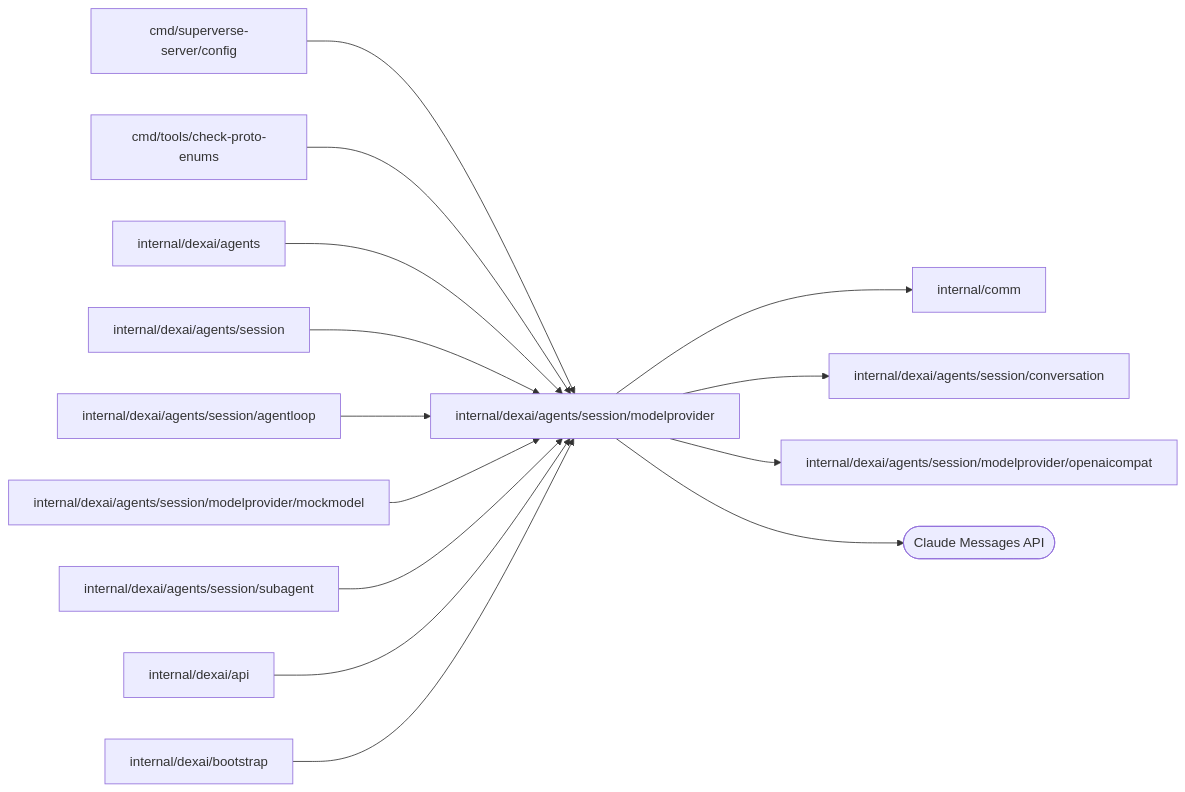
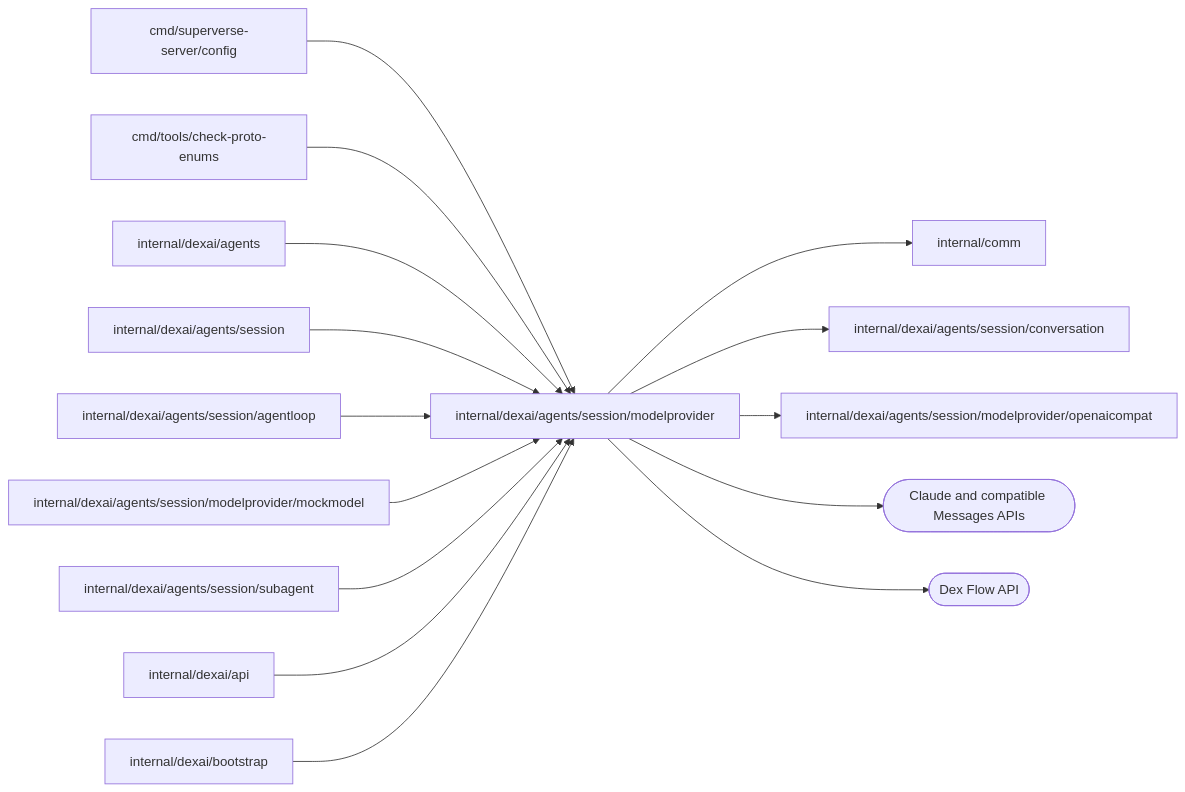
Before and after one commit to superdurable/superverse: the diagram in internal/dexai/agents/session/modelprovider/README.md, drawn with Mermaid. The commit also changed other lines of this file and 28 other files, not shown here.

First line of the commit message:
PROVANT: Add Anthropic-compatible Messages providers

````diff
--- a/internal/dexai/agents/session/modelprovider/README.md
+++ b/internal/dexai/agents/session/modelprovider/README.md
@@ -10,17 +10,18 @@
 ```mermaid
 flowchart LR
   self["internal/dexai/agents/session/modelprovider"]
   c0["cmd/superverse-server/config"] --> self
   c1["cmd/tools/check-proto-enums"] --> self
   c2["internal/dexai/agents"] --> self
   c3["internal/dexai/agents/session"] --> self
   c4["internal/dexai/agents/session/agentloop"] --> self
   c5["internal/dexai/agents/session/modelprovider/mockmodel"] --> self
   c6["internal/dexai/agents/session/subagent"] --> self
   c7["internal/dexai/api"] --> self
   c8["internal/dexai/bootstrap"] --> self
   self --> d0["internal/comm"]
   self --> d1["internal/dexai/agents/session/conversation"]
   self --> d2["internal/dexai/agents/session/modelprovider/openaicompat"]
-  self --> e0(["Claude Messages API"])
+  self --> e0(["Claude and compatible Messages APIs"])
+  self --> e1(["Dex Flow API"])
 ```
````
